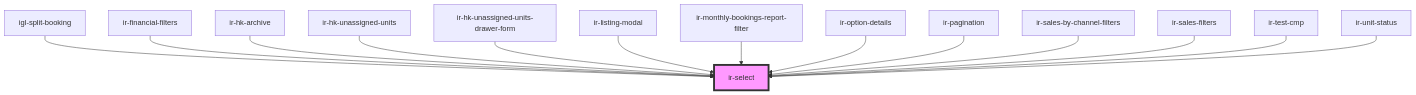
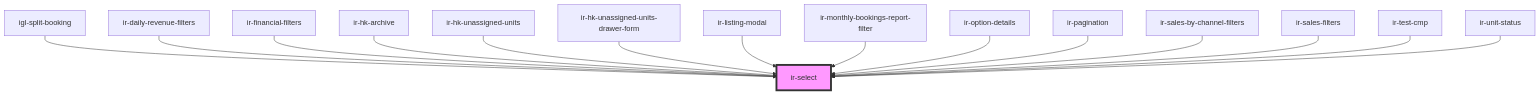
One commit to RonyRizk/ir-webcmp changed the diagram in src/components/ui/ir-select/readme.md. Above: the diagram before and after it, drawn with Mermaid. The commit also changed other lines of this file and 7 other files, not shown here.

````diff
--- a/src/components/ui/ir-select/readme.md
+++ b/src/components/ui/ir-select/readme.md
@@ -76,17 +77,18 @@
 ```mermaid
 graph TD;
   igl-split-booking --> ir-select
+  ir-daily-revenue-filters --> ir-select
   ir-financial-filters --> ir-select
   ir-hk-archive --> ir-select
   ir-hk-unassigned-units --> ir-select
   ir-hk-unassigned-units-drawer-form --> ir-select
   ir-listing-modal --> ir-select
   ir-monthly-bookings-report-filter --> ir-select
   ir-option-details --> ir-select
   ir-pagination --> ir-select
   ir-sales-by-channel-filters --> ir-select
   ir-sales-filters --> ir-select
   ir-test-cmp --> ir-select
   ir-unit-status --> ir-select
   style ir-select fill:#f9f,stroke:#333,stroke-width:4px
 ```
````
